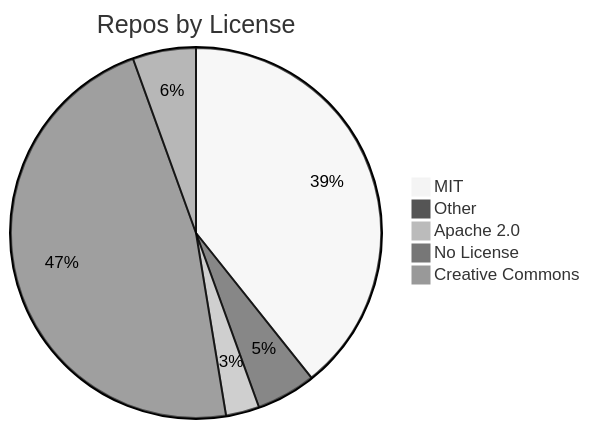
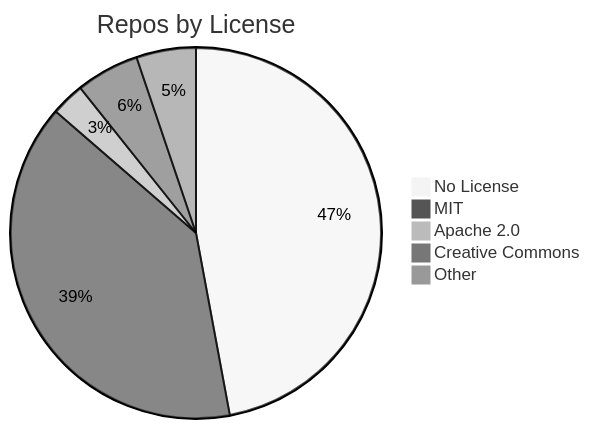
One commit to jpatterson933/awesome-mcp-server-repo-index changed the diagram in README.md. Above: the diagram before and after it, drawn with Mermaid (neutral theme). The commit also changed other lines of this file and 3 other files, not shown here.

````diff
--- a/README.md
+++ b/README.md
@@ -29,8 +29,8 @@
 ```mermaid
 pie title Repos by License
+    "No License" : 145
     "MIT" : 121
+    "Apache 2.0" : 9
+    "Creative Commons" : 17
     "Other" : 16
-    "Apache 2.0" : 9
-    "No License" : 145
-    "Creative Commons" : 17
 ```
````
